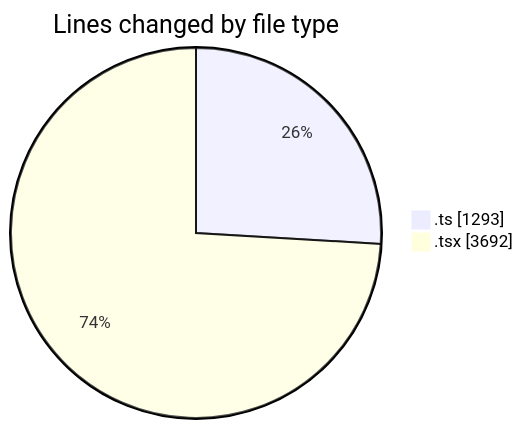
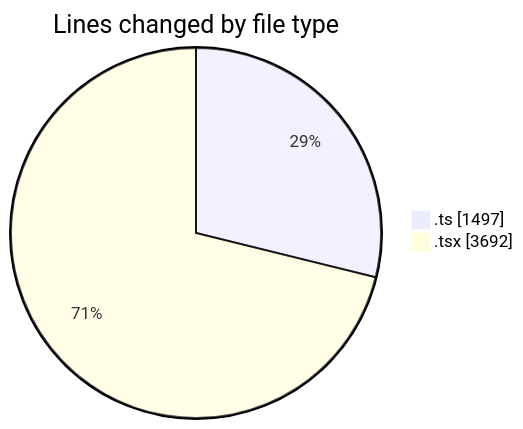
Before and after one commit to nxtqubesakshisongat/code-tracking: the first of 2 diagrams in 2026-05-04/nxtqube_webapp/README.md, drawn with Mermaid. The commit also changed other lines of this file and 1 other file, not shown here.

````diff
--- a/2026-05-04/nxtqube_webapp/README.md
+++ b/2026-05-04/nxtqube_webapp/README.md
@@ -28,6 +29,6 @@
 ```mermaid
 pie showData
 title Lines changed by file type
-".ts" : 1293
+".ts" : 1497
 ".tsx" : 3692
 ```
````
